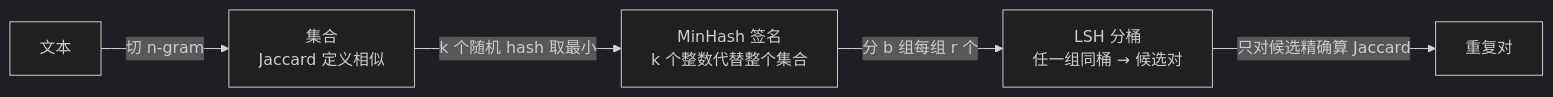
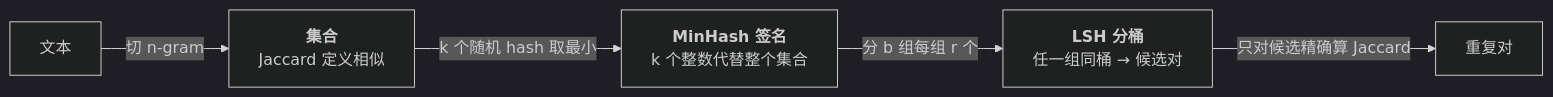
Before and after one commit to arganzheng/arganzheng.github.com: the first of 2 diagrams in _posts/2026-03-08-deduplication-minhash-and-lsh-probabilities.md, drawn with Mermaid (dark theme). The commit also changed other lines of this file and 8 other files, not shown here.

First line of the commit message:
LLM 时代的经典机器学习：只讲它在哪里重现：Mermaid 多行方框的首行标为标题（9 篇）

````diff
--- a/_posts/2026-03-08-deduplication-minhash-and-lsh-probabilities.md
+++ b/_posts/2026-03-08-deduplication-minhash-and-lsh-probabilities.md
@@ -23,8 +23,8 @@
 ```mermaid
 %% 图：近似去重的三步：每一步解决上一步留下的问题
 flowchart LR
-    T["文本"] -->|"切 n-gram"| S["集合<br/>Jaccard 定义相似"]
-    S -->|"k 个随机 hash 取最小"| M["MinHash 签名<br/>k 个整数代替整个集合"]
-    M -->|"分 b 组每组 r 个"| L["LSH 分桶<br/>任一组同桶 → 候选对"]
+    T["文本"] -->|"切 n-gram"| S["<b>集合</b><br/>Jaccard 定义相似"]
+    S -->|"k 个随机 hash 取最小"| M["<b>MinHash 签名</b><br/>k 个整数代替整个集合"]
+    M -->|"分 b 组每组 r 个"| L["<b>LSH 分桶</b><br/>任一组同桶 → 候选对"]
     L -->|"只对候选精确算 Jaccard"| D["重复对"]
 ```
````
